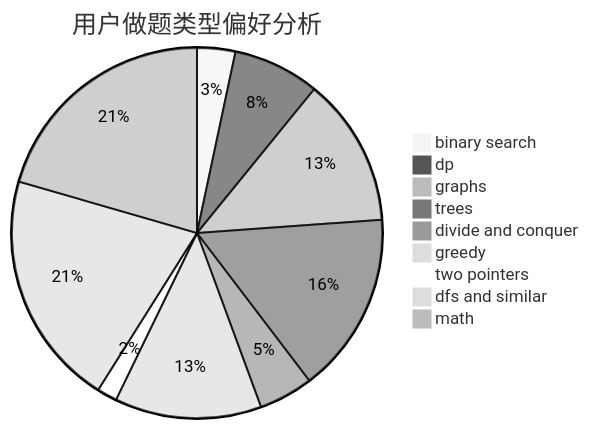
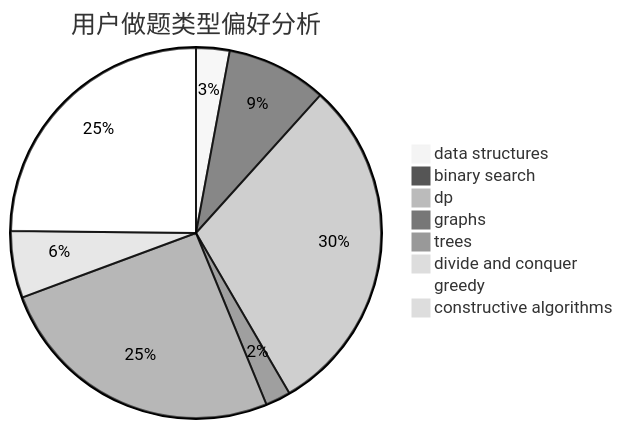
The second of 3 diagrams in docs/user/u2290.md (sherpahu/cfrs.github.io), drawn with Mermaid (neutral theme) before and after one commit. The commit also changed other lines of this file and 2775 other files, not shown here.

````diff
--- a/docs/user/u2290.md
+++ b/docs/user/u2290.md
@@ -23,12 +23,11 @@
 ```mermaid
 pie title 用户做题类型偏好分析
-    "binary search" :  19
-    "dp" :  43
-    "graphs" :  74
-    "trees" :  90
-    "divide and conquer" :  27
-    "greedy" :  73
-    "two pointers" :  10
-    "dfs and similar" :  117
-    "math" :  117
+    "data structures" :  4
+    "binary search" :  12
+    "dp" :  41
+    "graphs" :  3
+    "trees" :  35
+    "divide and conquer" :  8
+    "greedy" :  34
+    "constructive algorithms" :  1
 ```
````
